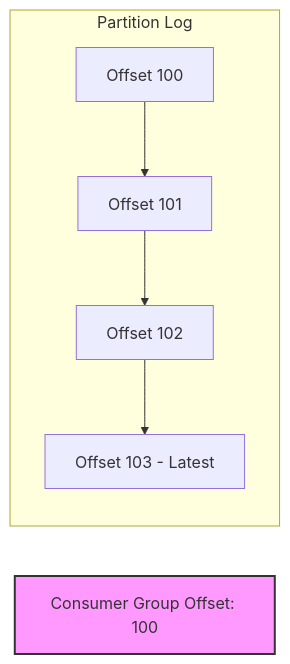
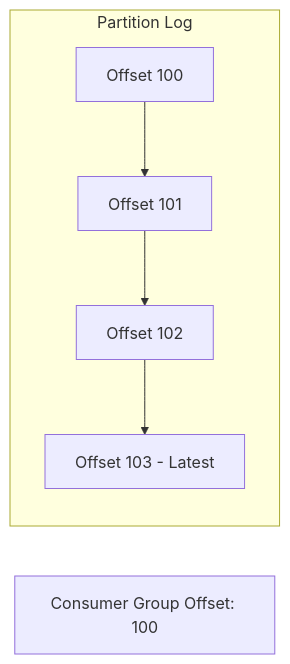
Before and after one commit to Rohit1024/learning-kafka: the first of 2 diagrams in docs/lessons/0005-operations-and-troubleshooting.md, drawn with Mermaid. The commit also changed other lines of this file and 13 other files, not shown here.

````diff
--- a/docs/lessons/0005-operations-and-troubleshooting.md
+++ b/docs/lessons/0005-operations-and-troubleshooting.md
@@ -15,8 +17,7 @@
 ```mermaid
 graph LR
     subgraph partition_log ["Partition Log"]
         M1["Offset 100"] --> M2["Offset 101"] --> M3["Offset 102"] --> M4["Offset 103 - Latest"]
     end
     C["Consumer Group Offset: 100"]
-    style C fill:#f9f,stroke:#333,stroke-width:2px
 ```
````
